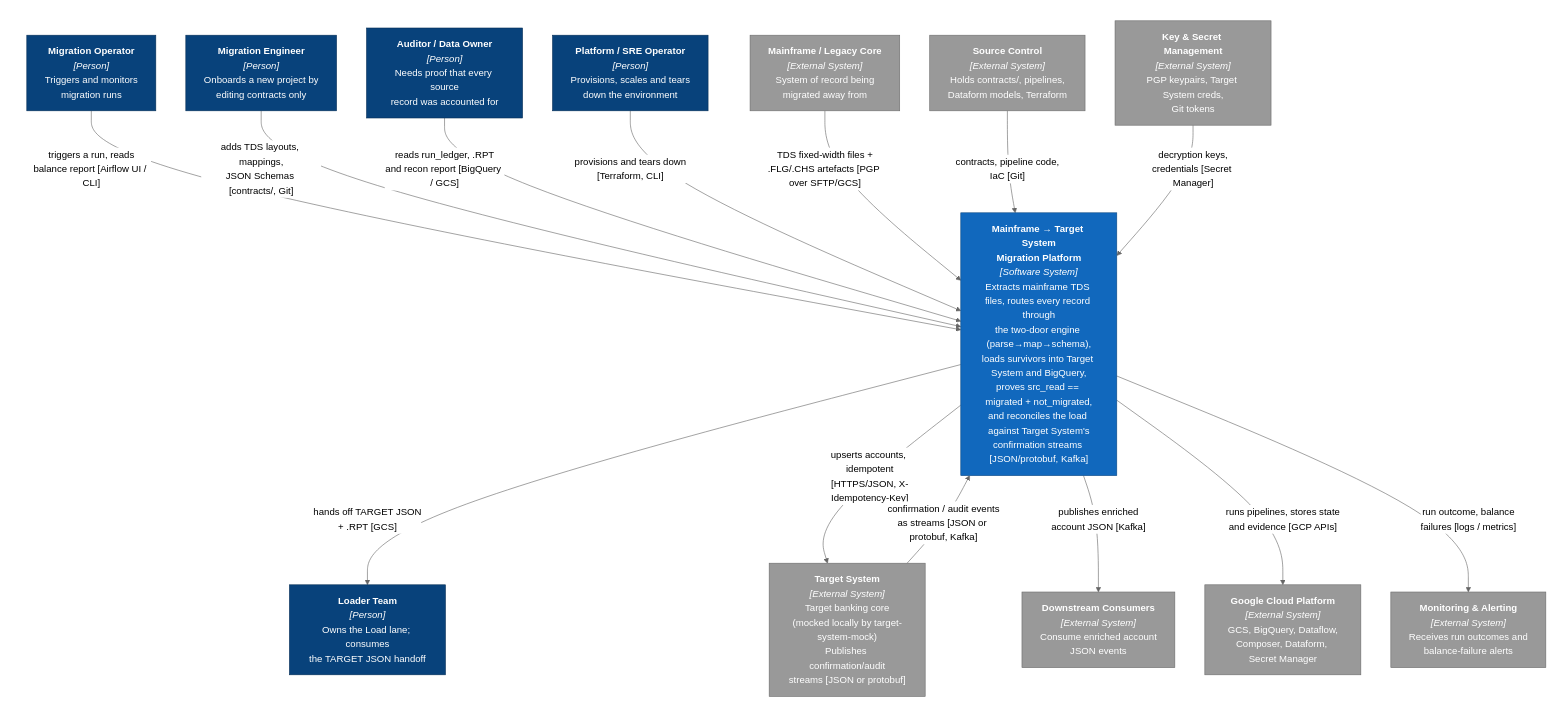
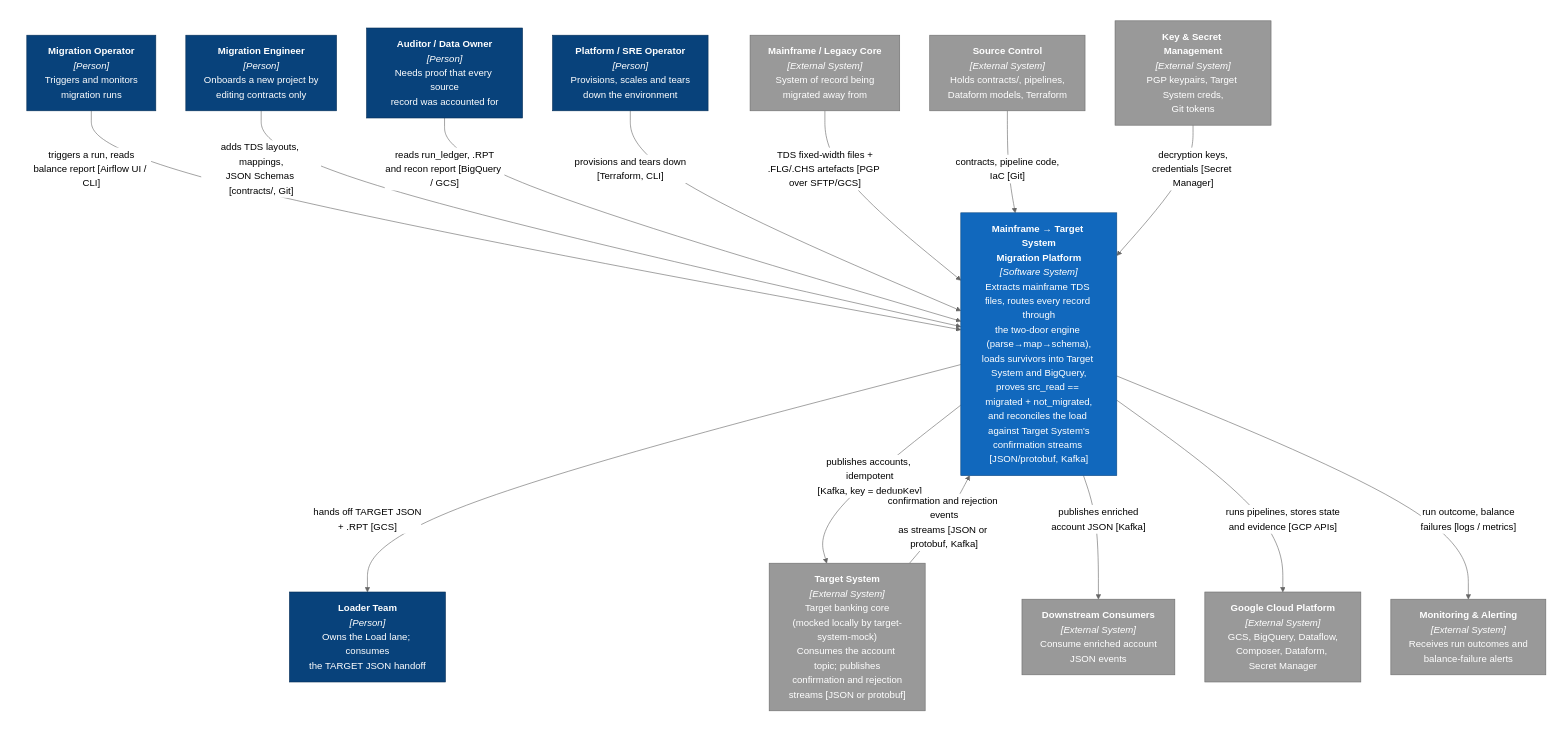
One commit to adrian-balaban/test-gcp-dataflow-dataform-cloud-composer changed the third of 9 diagrams in README.md. Above: the diagram before and after it, drawn with Mermaid (neutral theme). The commit also changed other lines of this file and 49 other files, not shown here.

````diff
--- a/README.md
+++ b/README.md
@@ -57,43 +58,43 @@
 ```mermaid
 graph TB
     subgraph people[" "]
         MO["<b>Migration Operator</b><br/><i>[Person]</i><br/>Triggers and monitors<br/>migration runs"]
         AUD["<b>Auditor / Data Owner</b><br/><i>[Person]</i><br/>Needs proof that every source<br/>record was accounted for"]
         ENG["<b>Migration Engineer</b><br/><i>[Person]</i><br/>Onboards a new project by<br/>editing contracts only"]
         SRE["<b>Platform / SRE Operator</b><br/><i>[Person]</i><br/>Provisions, scales and tears<br/>down the environment"]
         LDT["<b>Loader Team</b><br/><i>[Person]</i><br/>Owns the Load lane; consumes<br/>the TARGET JSON handoff"]
     end
 
     SYS["<b>Mainframe → Target System<br/>Migration Platform</b><br/><i>[Software System]</i><br/>Extracts mainframe TDS files, routes every record through<br/>the two-door engine (parse→map→schema),<br/>loads survivors into Target System and BigQuery,<br/>proves src_read == migrated + not_migrated,<br/>and reconciles the load against Target System's<br/>confirmation streams [JSON/protobuf, Kafka]"]
 
     MF["<b>Mainframe / Legacy Core</b><br/><i>[External System]</i><br/>System of record being<br/>migrated away from"]
-    VC["<b>Target System</b><br/><i>[External System]</i><br/>Target banking core<br/>(mocked locally by target-system-mock)<br/>Publishes confirmation/audit<br/>streams [JSON or protobuf]"]
+    VC["<b>Target System</b><br/><i>[External System]</i><br/>Target banking core<br/>(mocked locally by target-system-mock)<br/>Consumes the account topic; publishes<br/>confirmation and rejection<br/>streams [JSON or protobuf]"]
     DS["<b>Downstream Consumers</b><br/><i>[External System]</i><br/>Consume enriched account<br/>JSON events"]
     PLAT["<b>Google Cloud Platform</b><br/><i>[External System]</i><br/>GCS, BigQuery, Dataflow,<br/>Composer, Dataform, Secret Manager"]
     SCM["<b>Source Control</b><br/><i>[External System]</i><br/>Holds contracts/, pipelines,<br/>Dataform models, Terraform"]
     KMS["<b>Key &amp; Secret Management</b><br/><i>[External System]</i><br/>PGP keypairs, Target System creds,<br/>Git tokens"]
     MON["<b>Monitoring &amp; Alerting</b><br/><i>[External System]</i><br/>Receives run outcomes and<br/>balance-failure alerts"]
 
     MO -->|"triggers a run, reads<br/>balance report [Airflow UI / CLI]"| SYS
     ENG -->|"adds TDS layouts, mappings,<br/>JSON Schemas [contracts/, Git]"| SYS
     AUD -->|"reads run_ledger, .RPT<br/>and recon report [BigQuery / GCS]"| SYS
     SRE -->|"provisions and tears down<br/>[Terraform, CLI]"| SYS
     SYS -->|"hands off TARGET JSON<br/>+ .RPT [GCS]"| LDT
 
     MF -->|"TDS fixed-width files +<br/>.FLG/.CHS artefacts [PGP over SFTP/GCS]"| SYS
-    SYS -->|"upserts accounts, idempotent<br/>[HTTPS/JSON, X-Idempotency-Key]"| VC
-    VC -->|"confirmation / audit events<br/>as streams [JSON or protobuf, Kafka]"| SYS
+    SYS -->|"publishes accounts, idempotent<br/>[Kafka, key = dedupKey]"| VC
+    VC -->|"confirmation and rejection events<br/>as streams [JSON or protobuf, Kafka]"| SYS
     SYS -->|"publishes enriched<br/>account JSON [Kafka]"| DS
     SYS -->|"runs pipelines, stores state<br/>and evidence [GCP APIs]"| PLAT
     SCM -->|"contracts, pipeline code,<br/>IaC [Git]"| SYS
     KMS -->|"decryption keys,<br/>credentials [Secret Manager]"| SYS
     SYS -->|"run outcome, balance<br/>failures [logs / metrics]"| MON
 
     classDef person fill:#08427b,stroke:#052e56,color:#fff
     classDef system fill:#1168bd,stroke:#0b4884,color:#fff
     classDef ext fill:#999999,stroke:#6b6b6b,color:#fff
     class MO,AUD,ENG,SRE,LDT person
     class SYS system
     class MF,VC,DS,PLAT,SCM,KMS,MON ext
     style people fill:none,stroke:none
 ```
````
